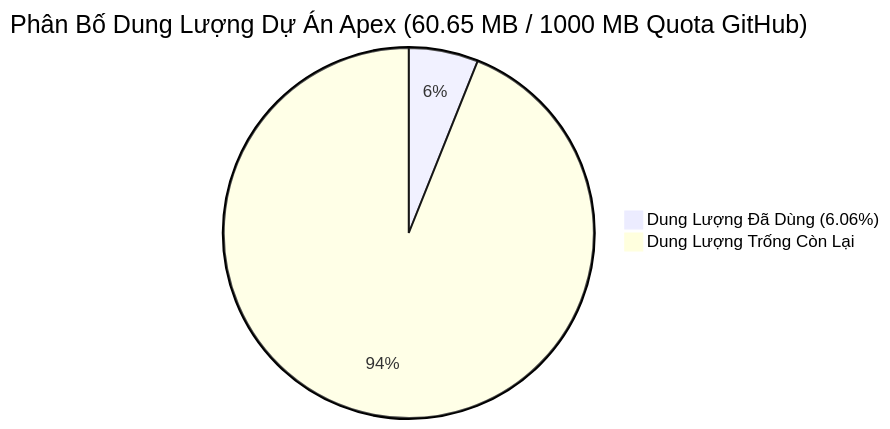
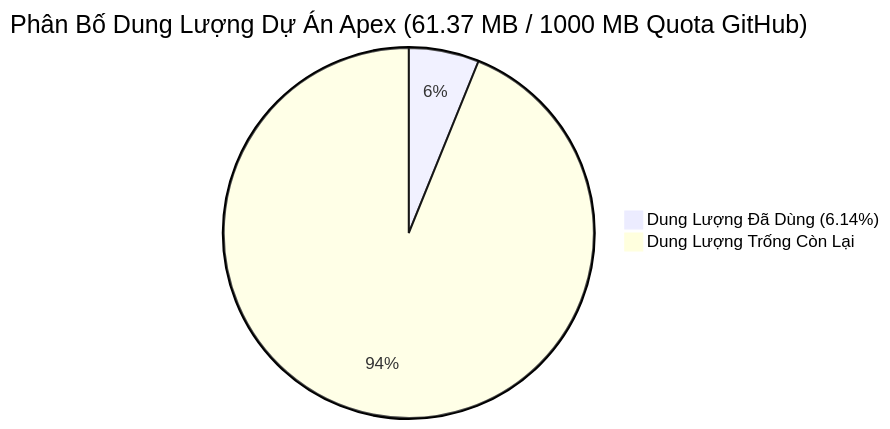
The diagram in 12_Institutional_Ombudsman_And_Inspectorate/daily_audits/2026-11-26_Infrastructure_Health_And_Capacity_Audit.md (Thienphuoctran/apex-hedge-fund), drawn with Mermaid before and after one commit. The commit also changed other lines of this file and 16 other files, not shown here.

````diff
--- a/12_Institutional_Ombudsman_And_Inspectorate/daily_audits/2026-11-26_Infrastructure_Health_And_Capacity_Audit.md
+++ b/12_Institutional_Ombudsman_And_Inspectorate/daily_audits/2026-11-26_Infrastructure_Health_And_Capacity_Audit.md
@@ -15,5 +15,5 @@
 ```mermaid
-pie title Phân Bố Dung Lượng Dự Án Apex (60.65 MB / 1000 MB Quota GitHub)
-    "Dung Lượng Đã Dùng (6.06%)" : 60.65
-    "Dung Lượng Trống Còn Lại" : 939.35
+pie title Phân Bố Dung Lượng Dự Án Apex (61.37 MB / 1000 MB Quota GitHub)
+    "Dung Lượng Đã Dùng (6.14%)" : 61.37
+    "Dung Lượng Trống Còn Lại" : 938.63
 ```
````
